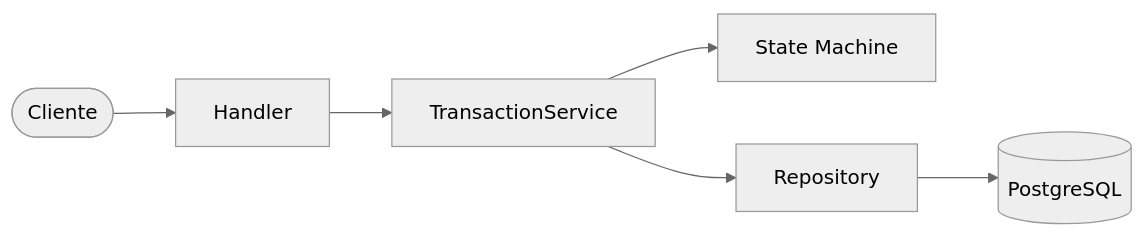
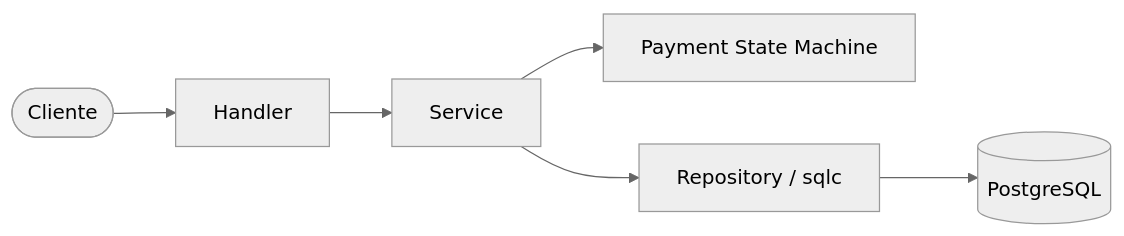
One commit to cauanvital/payment-gateway-simulator changed the first of 2 diagrams in README.md. Above: the diagram before and after it, drawn with Mermaid (neutral theme). The commit also changed other lines of this file, not shown here.

````diff
--- a/README.md
+++ b/README.md
@@ -42,8 +46,8 @@
 ```mermaid
 flowchart LR
     Client([Cliente]) --> Handler
-    Handler --> Service[TransactionService]
-    Service --> SM[State Machine]
-    Service --> Repo[Repository]
+    Handler --> Service[Service]
+    Service --> SM[Payment State Machine]
+    Service --> Repo[Repository / sqlc]
     Repo --> DB[(PostgreSQL)]
 ```
````
